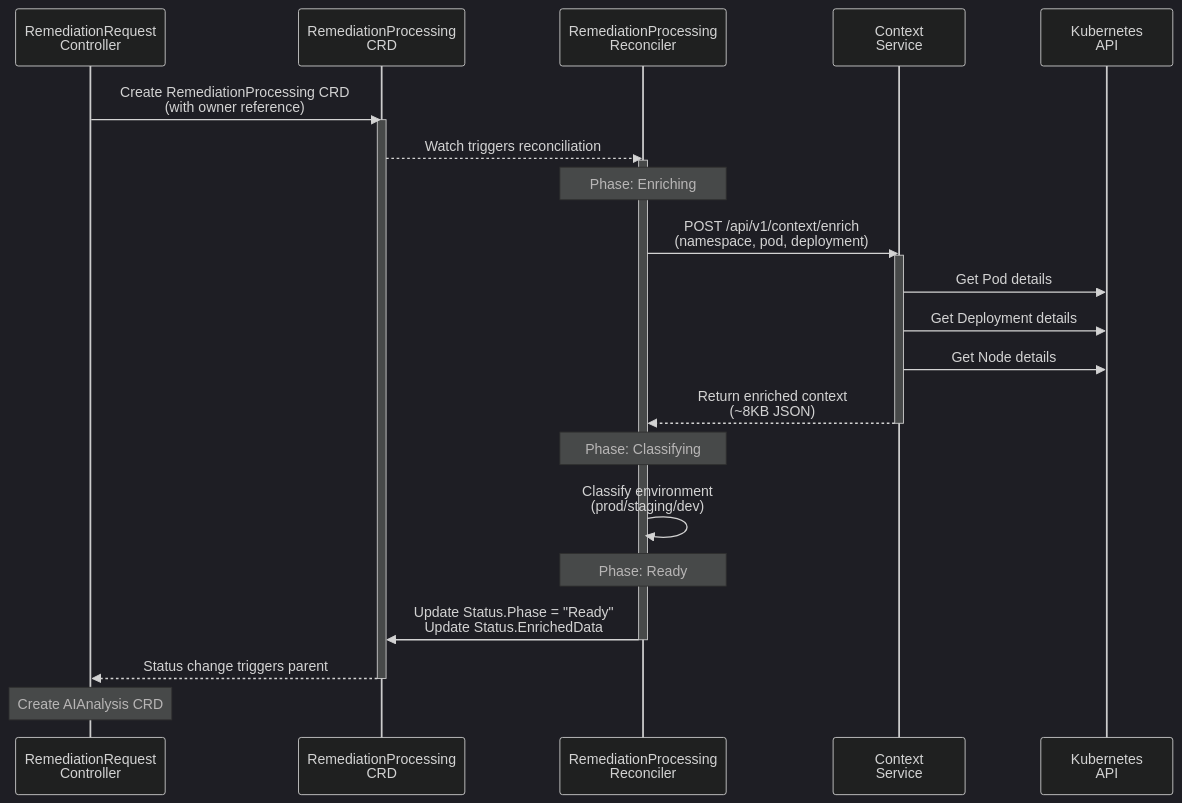
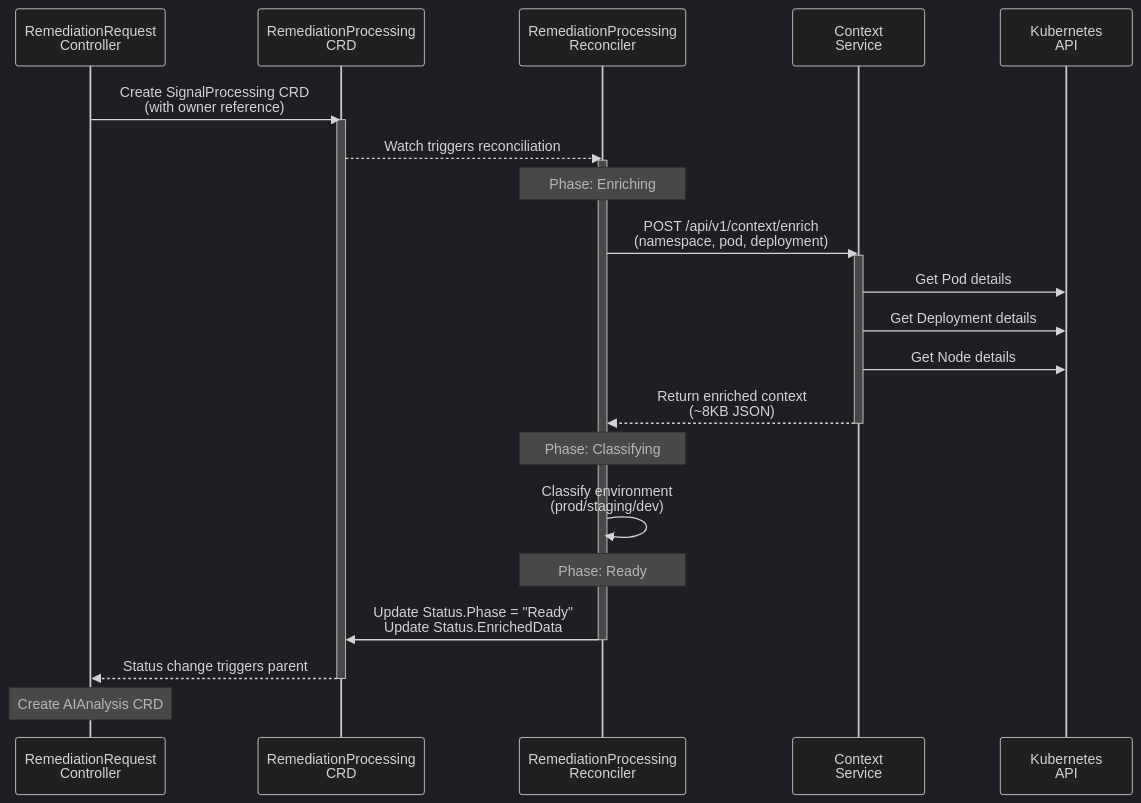
Before and after one commit to jordigilh/kubernaut: the second of 16 diagrams in docs/architecture/references/visual-diagrams-master.md, drawn with Mermaid (dark theme). The commit also changed other lines of this file and 142 other files, not shown here.

First line of the commit message:
docs: Complete RemediationProcessing to SignalProcessing rename (DD-SIGNAL-PROCESSING-001)

````diff
--- a/docs/architecture/references/visual-diagrams-master.md
+++ b/docs/architecture/references/visual-diagrams-master.md
@@ -47,33 +47,33 @@
 ```mermaid
 sequenceDiagram
     participant AR as RemediationRequest<br/>Controller
     participant AP as RemediationProcessing<br/>CRD
     participant Ctrl as RemediationProcessing<br/>Reconciler
     participant CS as Context<br/>Service
     participant K8S as Kubernetes<br/>API
 
-    AR->>AP: Create RemediationProcessing CRD<br/>(with owner reference)
+    AR->>AP: Create SignalProcessing CRD<br/>(with owner reference)
     activate AP
     AP-->>Ctrl: Watch triggers reconciliation
     activate Ctrl
 
     Note over Ctrl: Phase: Enriching
     Ctrl->>CS: POST /api/v1/context/enrich<br/>(namespace, pod, deployment)
     activate CS
     CS->>K8S: Get Pod details
     CS->>K8S: Get Deployment details
     CS->>K8S: Get Node details
     CS-->>Ctrl: Return enriched context<br/>(~8KB JSON)
     deactivate CS
 
     Note over Ctrl: Phase: Classifying
     Ctrl->>Ctrl: Classify environment<br/>(prod/staging/dev)
 
     Note over Ctrl: Phase: Ready
     Ctrl->>AP: Update Status.Phase = "Ready"<br/>Update Status.EnrichedData
     deactivate Ctrl
     AP-->>AR: Status change triggers parent
     deactivate AP
 
     Note over AR: Create AIAnalysis CRD
 ```
````
